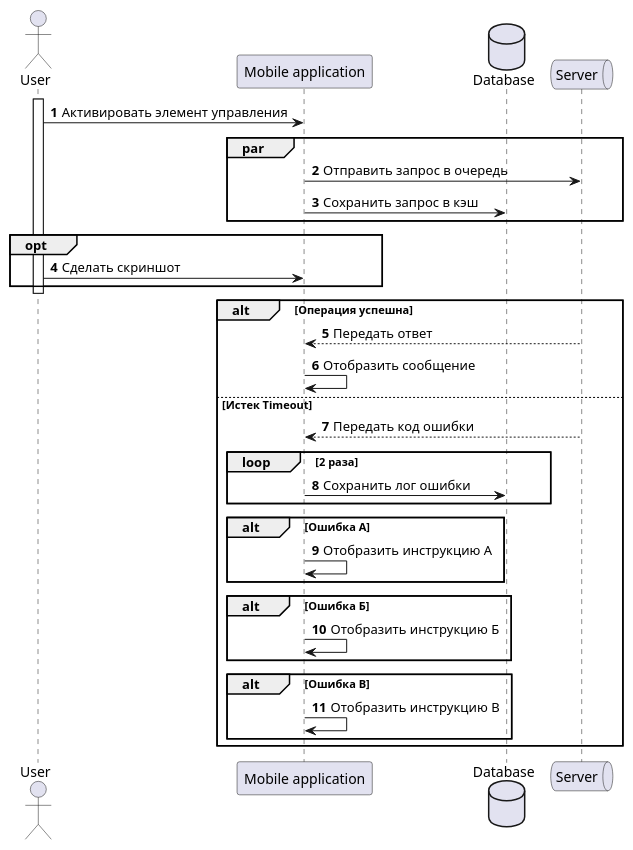
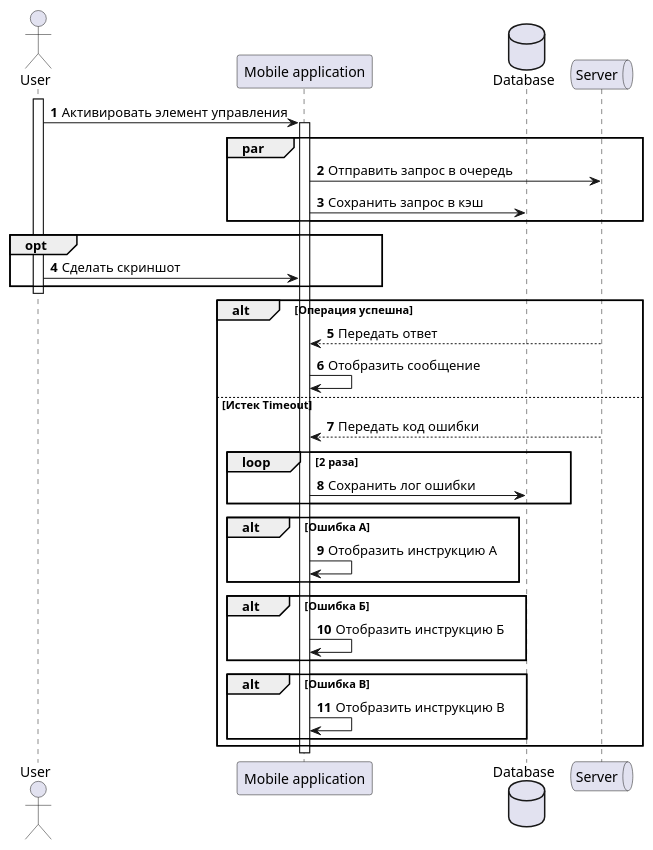
The second of 3 diagrams in Notes/Notes/Системная аналитика/Курсы от нетологии/Раздел 3. Анализ требований/9. Диаграммы деятельности и последовательности.md (PopkovAYu/Notes), drawn with PlantUML before and after one commit.

Commit message:
vault backup: 2024-04-24 11:19:18
Affected files:
Notes/Notes/Системная аналитика/Курсы от нетологии/Раздел 3. Анализ требований/9. Диаграммы деятельности и последовательности.md

````diff
--- a/Notes/Notes/Системная аналитика/Курсы от нетологии/Раздел 3. Анализ требований/9. Диаграммы деятельности и последовательности.md
+++ b/Notes/Notes/Системная аналитика/Курсы от нетологии/Раздел 3. Анализ требований/9. Диаграммы деятельности и последовательности.md
@@ -66,40 +66,41 @@
 ```plantuml
 @startuml
 
 actor User as user
 participant "Mobile application" as app
 database Database as db
 queue Server as server
 
 autonumber
 activate user
 user -> app : Активировать элемент управления
 par
-	app -> server : Отправить запрос в очередь
-	
+	activate app
+	app -> server : Отправить запрос в очередь	
 	app -> db : Сохранить запрос в кэш
 end
 opt
 	user -> app : Сделать скриншот
 end
 deactivate user
 alt Операция успешна
 	app <-- server : Передать ответ
 	app -> app : Отобразить сообщение
 else Истек Timeout
 	app <-- server : Передать код ошибки
 	loop 2 раза
 		app -> db : Сохранить лог ошибки
 	end
 alt Ошибка А
 	app -> app : Отобразить инструкцию А
 end
 alt Ошибка Б
 	app -> app : Отобразить инструкцию Б
 end
 alt Ошибка В
 	app -> app : Отобразить инструкцию В
 end
 end
+deactivate app
 @enduml
 ```
````
